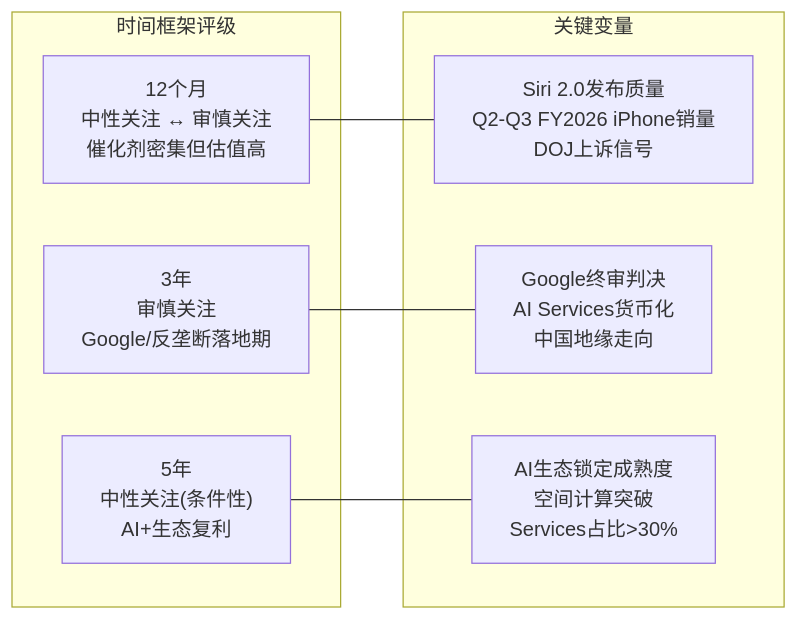
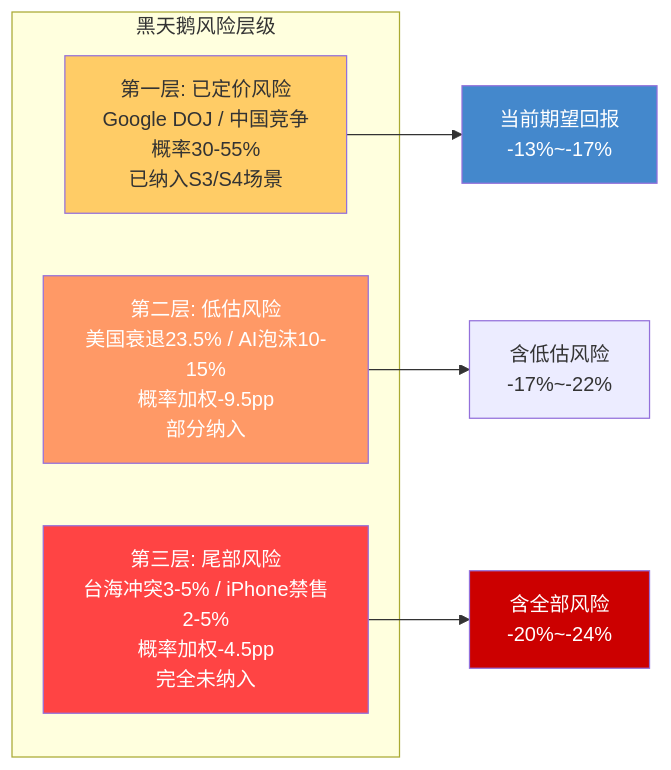
The second of 6 diagrams in reports/AAPL/staging/AAPL_P4_RedTeam.md (miltonnewyork25-afk/investment-master), drawn with Mermaid before and after one commit. The commit also changed other lines of this file, not shown here.

````diff
--- a/reports/AAPL/staging/AAPL_P4_RedTeam.md
+++ b/reports/AAPL/staging/AAPL_P4_RedTeam.md
@@ -273,18 +304,18 @@
 ```mermaid
 graph LR
-    subgraph "时间框架评级"
-        T12["12个月<br/>中性关注 ↔ 审慎关注<br/>催化剂密集但估值高"]
-        T3Y["3年<br/>审慎关注<br/>Google/反垄断落地期"]
-        T5Y["5年<br/>中性关注(条件性)<br/>AI+生态复利"]
+    subgraph "黑天鹅风险层级"
+        BS1["第一层: 已定价风险<br/>Google DOJ / 中国竞争<br/>概率30-55%<br/>已纳入S3/S4场景"]
+        BS2["第二层: 低估风险<br/>美国衰退23.5% / AI泡沫10-15%<br/>概率加权-9.5pp<br/>部分纳入"]
+        BS3["第三层: 尾部风险<br/>台海冲突3-5% / iPhone禁售2-5%<br/>概率加权-4.5pp<br/>完全未纳入"]
     end
 
-    subgraph "关键变量"
-        V12["Siri 2.0发布质量<br/>Q2-Q3 FY2026 iPhone销量<br/>DOJ上诉信号"]
-        V3Y["Google终审判决<br/>AI Services货币化<br/>中国地缘走向"]
-        V5Y["AI生态锁定成熟度<br/>空间计算突破<br/>Services占比>30%"]
-    end
+    BS1 --> Current["当前期望回报<br/>-13%~-17%"]
+    BS2 --> Adj1["含低估风险<br/>-17%~-22%"]
+    BS3 --> Adj2["含全部风险<br/>-20%~-24%"]
 
-    T12 --- V12
-    T3Y --- V3Y
-    T5Y --- V5Y
+    style BS1 fill:#ffcc66,color:#333
+    style BS2 fill:#ff9966,color:#fff
+    style BS3 fill:#ff4444,color:#fff
+    style Current fill:#4488cc,color:#fff
+    style Adj2 fill:#cc0000,color:#fff
 ```
````
